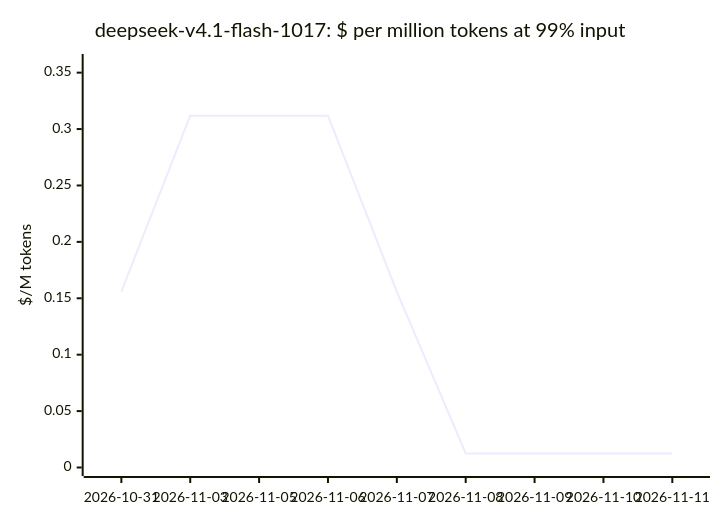
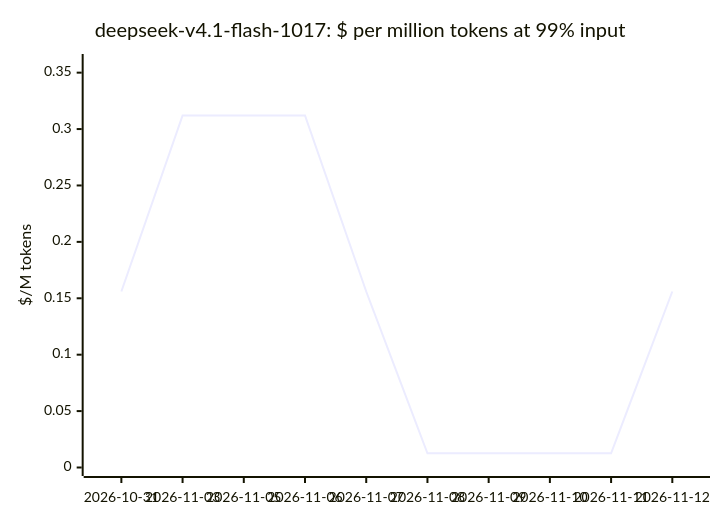
The seventh of 19 diagrams in docs/openrouter-models.md (cklukas/OMEGA_TRANSFORM), drawn with Mermaid before and after one commit. The commit also changed other lines of this file and 47 other files, not shown here.

````diff
--- a/docs/openrouter-models.md
+++ b/docs/openrouter-models.md
@@ -192,7 +192,7 @@
 ```mermaid
 xychart-beta
     title "deepseek-v4.1-flash-1017: $ per million tokens at 99% input"
-    x-axis ["2026-10-31", "2026-11-03", "2026-11-05", "2026-11-06", "2026-11-07", "2026-11-08", "2026-11-09", "2026-11-10", "2026-11-11"]
+    x-axis ["2026-10-31", "2026-11-03", "2026-11-05", "2026-11-06", "2026-11-07", "2026-11-08", "2026-11-09", "2026-11-10", "2026-11-11", "2026-11-12"]
     y-axis "$/M tokens" 0 --> 0.359
-    line [0.1559, 0.3119, 0.3119, 0.3119, 0.1559, 0.01251, 0.01251, 0.01251, 0.01251]
+    line [0.156, 0.312, 0.312, 0.312, 0.156, 0.01256, 0.01256, 0.01256, 0.01256, 0.156]
 ```
````
